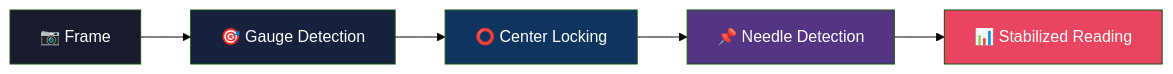
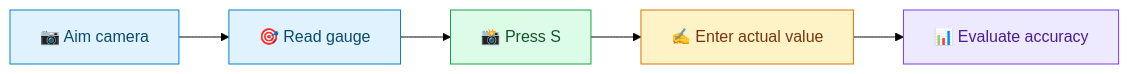
Before and after one commit to Taychingxian/Dual_Gauge_Reader: the diagram in README.md, drawn with Mermaid (forest theme). The commit also changed other lines of this file, not shown here.

````diff
--- a/README.md
+++ b/README.md
@@ -37,13 +31,12 @@
 ```mermaid
 flowchart LR
-    A["📷 Frame"] --> B["🎯 Gauge Detection"]
-    B --> C["⭕ Center Locking"]
-    C --> D["📌 Needle Detection"]
-    D --> E["📊 Stabilized Reading"]
-
-    style A fill:#1a1a2e,color:#fff
-    style B fill:#16213e,color:#fff
-    style C fill:#0f3460,color:#fff
-    style D fill:#533483,color:#fff
-    style E fill:#e94560,color:#fff
+    A["📷 Aim camera"] --> B["🎯 Read gauge"]
+    B --> C["📸 Press S"]
+    C --> D["✍️ Enter actual value"]
+    D --> E["📊 Evaluate accuracy"]
+    style A fill:#e0f2fe,stroke:#0284c7,color:#0c4a6e
+    style B fill:#e0f2fe,stroke:#0284c7,color:#0c4a6e
+    style C fill:#dcfce7,stroke:#16a34a,color:#14532d
+    style D fill:#fef3c7,stroke:#d97706,color:#78350f
+    style E fill:#ede9fe,stroke:#7c3aed,color:#4c1d95
 ```
````
